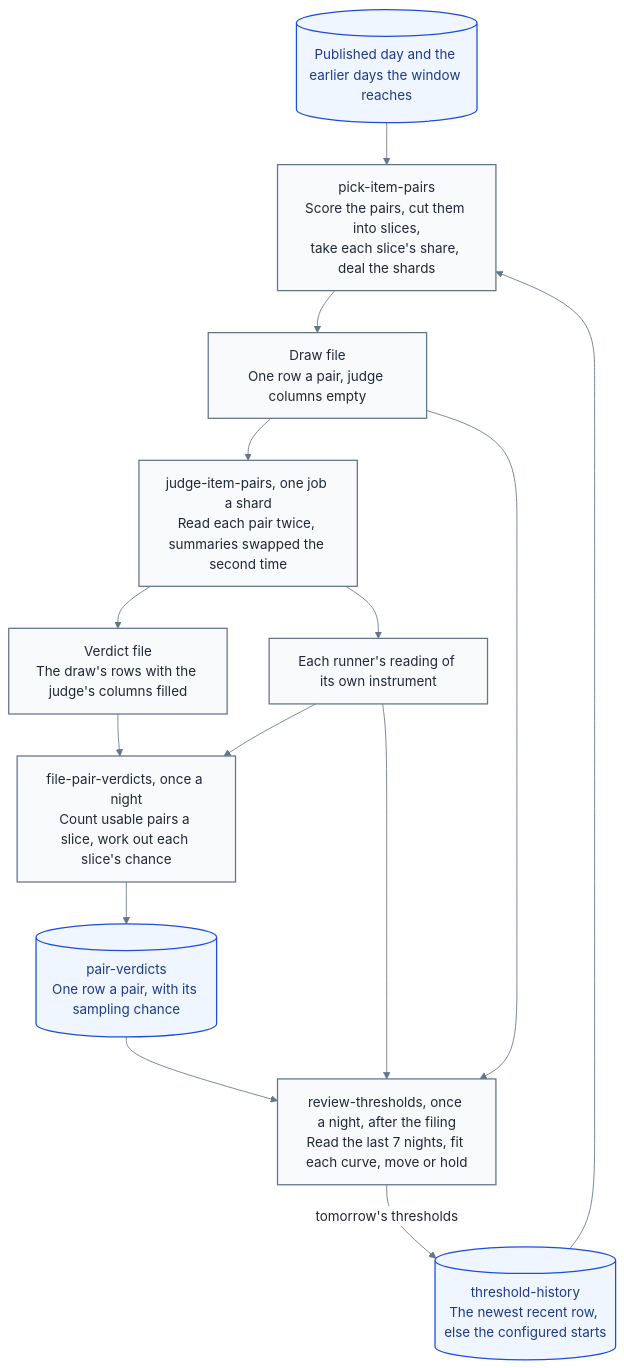
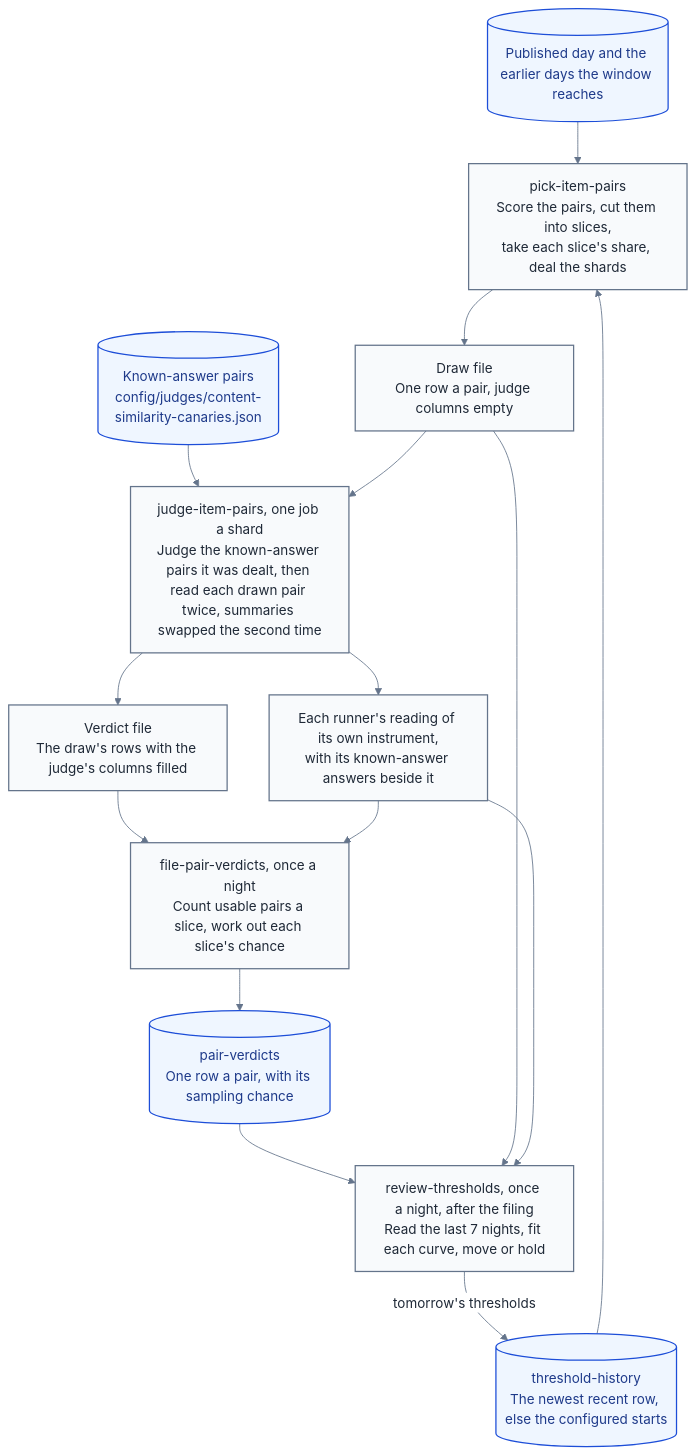
The diagram in docs/architecture/publishing/how-the-content-similarity-judge-follows-its-thresholds.md (miztiik/yen-idhazh), drawn with Mermaid before and after one commit. The commit also changed other lines of this file and 34 other files, not shown here.

First line of the commit message:
Judge six known-answer pairs once a run (#2116)

````diff
--- a/docs/architecture/publishing/how-the-content-similarity-judge-follows-its-thresholds.md
+++ b/docs/architecture/publishing/how-the-content-similarity-judge-follows-its-thresholds.md
@@ -57,22 +61,23 @@
 ```mermaid
 %%{init: {"theme": "base", "themeVariables": {"fontFamily": "sans-serif", "primaryColor": "#f8fafc", "primaryTextColor": "#1f2937", "primaryBorderColor": "#64748b", "lineColor": "#64748b", "textColor": "#1f2937", "clusterBkg": "#f8fafc", "clusterBorder": "#94a3b8", "edgeLabelBackground": "#ffffff"}}}%%
 flowchart TD
   DAY[("Published day and the earlier days the window reaches")] --> PICK["pick-item-pairs<br/>Score the pairs, cut them into slices,<br/>take each slice's share, deal the shards"]
   HIST[("threshold-history<br/>The newest recent row, else the configured starts")] --> PICK
   PICK --> DRAW["Draw file<br/>One row a pair, judge columns empty"]
-  DRAW --> JUDGE["judge-item-pairs, one job a shard<br/>Read each pair twice, summaries swapped the second time"]
+  KNOWN[("Known-answer pairs<br/>config/judges/content-similarity-canaries.json")] --> JUDGE
+  DRAW --> JUDGE["judge-item-pairs, one job a shard<br/>Judge the known-answer pairs it was dealt, then read each drawn pair twice, summaries swapped the second time"]
   JUDGE --> VERDICTS["Verdict file<br/>The draw's rows with the judge's columns filled"]
   VERDICTS --> FILE["file-pair-verdicts, once a night<br/>Count usable pairs a slice, work out each slice's chance"]
   FILE --> LEDGER[("pair-verdicts<br/>One row a pair, with its sampling chance")]
-  JUDGE --> READING["Each runner's reading of its own instrument"]
+  JUDGE --> READING["Each runner's reading of its own instrument,<br/>with its known-answer answers beside it"]
   READING --> FILE
   LEDGER --> REVIEW["review-thresholds, once a night, after the filing<br/>Read the last 7 nights, fit each curve, move or hold"]
   DRAW --> REVIEW
   READING --> REVIEW
   REVIEW -->|"tomorrow's thresholds"| HIST
 
   classDef stage fill:#f8fafc,stroke:#64748b,stroke-width:1.5px,color:#1f2937;
   classDef ledger fill:#eff6ff,stroke:#1d4ed8,stroke-width:1.5px,color:#1e3a8a;
   class PICK,JUDGE,FILE,REVIEW,DRAW,VERDICTS,READING stage;
-  class DAY,HIST,LEDGER ledger;
+  class DAY,HIST,LEDGER,KNOWN ledger;
 ```
````
